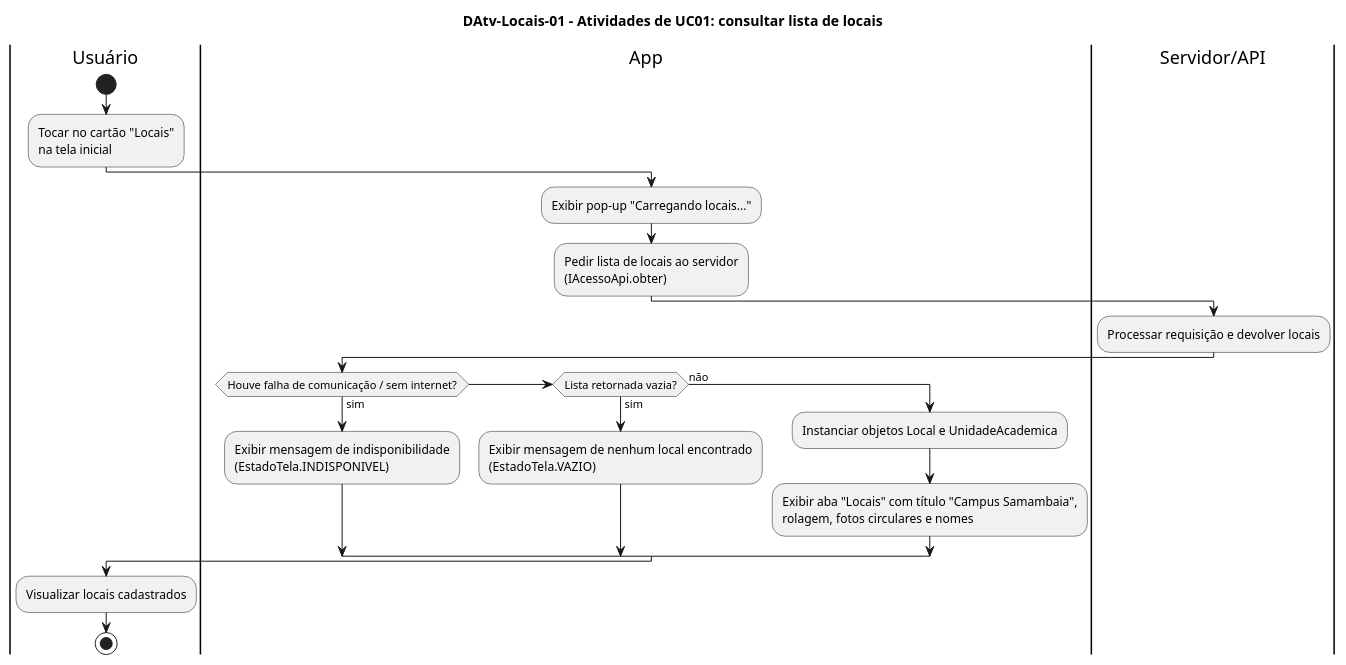
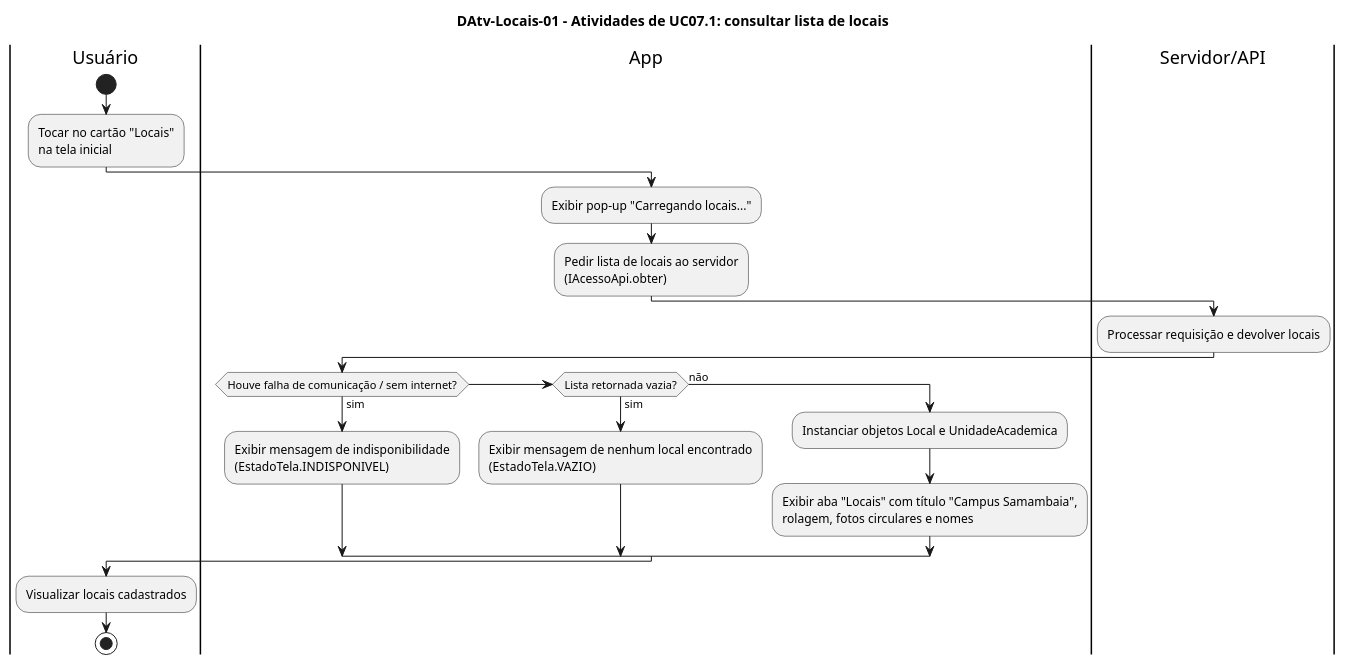
One commit to joseduardogon/Minha_UFG_Grupo_Cinza changed the diagram in Locais/DAtv-Locais-01.puml. Above: the diagram before and after it, drawn with PlantUML. The commit also changed 30 other files, not shown here.

```diff
--- a/Locais/DAtv-Locais-01.puml
+++ b/Locais/DAtv-Locais-01.puml
@@ -1,28 +1,28 @@
 @startuml DAtv-Locais-01
-title DAtv-Locais-01 – Atividades de UC01: consultar lista de locais
+title DAtv-Locais-01 – Atividades de UC07.1: consultar lista de locais
 
 |Usuário|
 start
 :Tocar no cartão "Locais"\nna tela inicial;
 
 |App|
 :Exibir pop-up "Carregando locais...";
 :Pedir lista de locais ao servidor\n(IAcessoApi.obter);
 
 |Servidor/API|
 :Processar requisição e devolver locais;
 
 |App|
 if (Houve falha de comunicação / sem internet?) then (sim)
   :Exibir mensagem de indisponibilidade\n(EstadoTela.INDISPONIVEL);
 elseif (Lista retornada vazia?) then (sim)
   :Exibir mensagem de nenhum local encontrado\n(EstadoTela.VAZIO);
 else (não)
   :Instanciar objetos Local e UnidadeAcademica;
   :Exibir aba "Locais" com título "Campus Samambaia",\nrolagem, fotos circulares e nomes;
 endif
 
 |Usuário|
 :Visualizar locais cadastrados;
 stop
 @enduml
```
